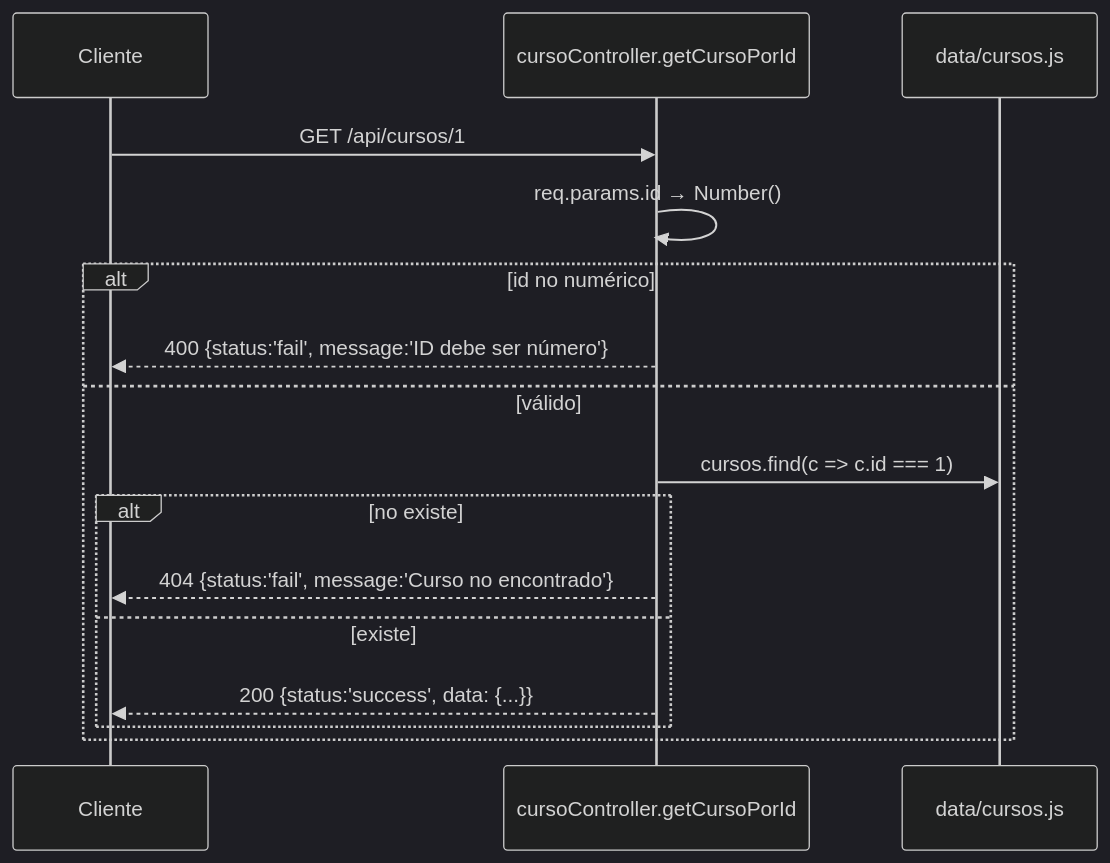
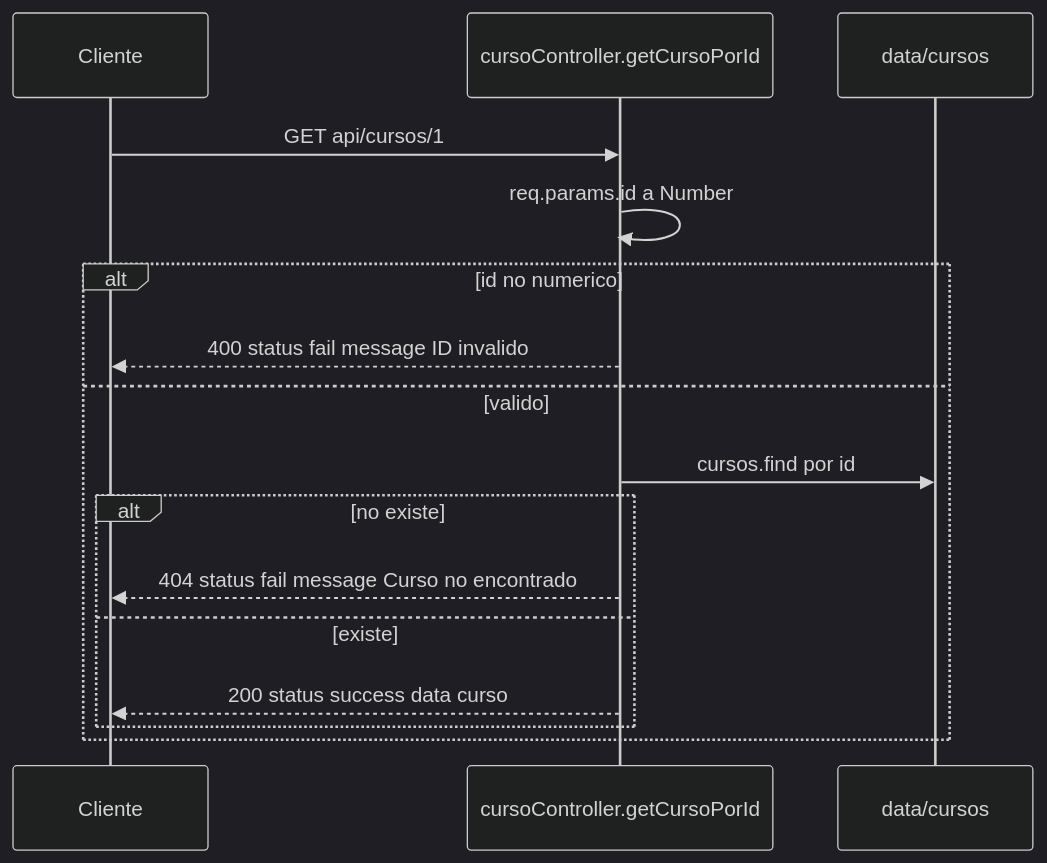
One commit to camiloSis/Programacion-Web-Systems changed the fourth of 11 diagrams in Lab06VersionIndividual/lab06-api-cursos/flujo.md. Above: the diagram before and after it, drawn with Mermaid (dark theme). The commit also changed other lines of this file, not shown here.

````diff
--- a/Lab06VersionIndividual/lab06-api-cursos/flujo.md
+++ b/Lab06VersionIndividual/lab06-api-cursos/flujo.md
@@ -147,19 +147,19 @@
 ```mermaid
 sequenceDiagram
     participant C as Cliente
     participant CT as cursoController.getCursoPorId
-    participant DT as data/cursos.js
+    participant DT as data/cursos
 
-    C->>CT: GET /api/cursos/1
-    CT->>CT: req.params.id → Number()
-    alt id no numérico
-        CT-->>C: 400 {status:'fail', message:'ID debe ser número'}
-    else válido
-        CT->>DT: cursos.find(c => c.id === 1)
+    C->>CT: GET api/cursos/1
+    CT->>CT: req.params.id a Number
+    alt id no numerico
+        CT-->>C: 400 status fail message ID invalido
+    else valido
+        CT->>DT: cursos.find por id
         alt no existe
-            CT-->>C: 404 {status:'fail', message:'Curso no encontrado'}
+            CT-->>C: 404 status fail message Curso no encontrado
         else existe
-            CT-->>C: 200 {status:'success', data: {...}}
+            CT-->>C: 200 status success data curso
         end
     end
 ```
````
